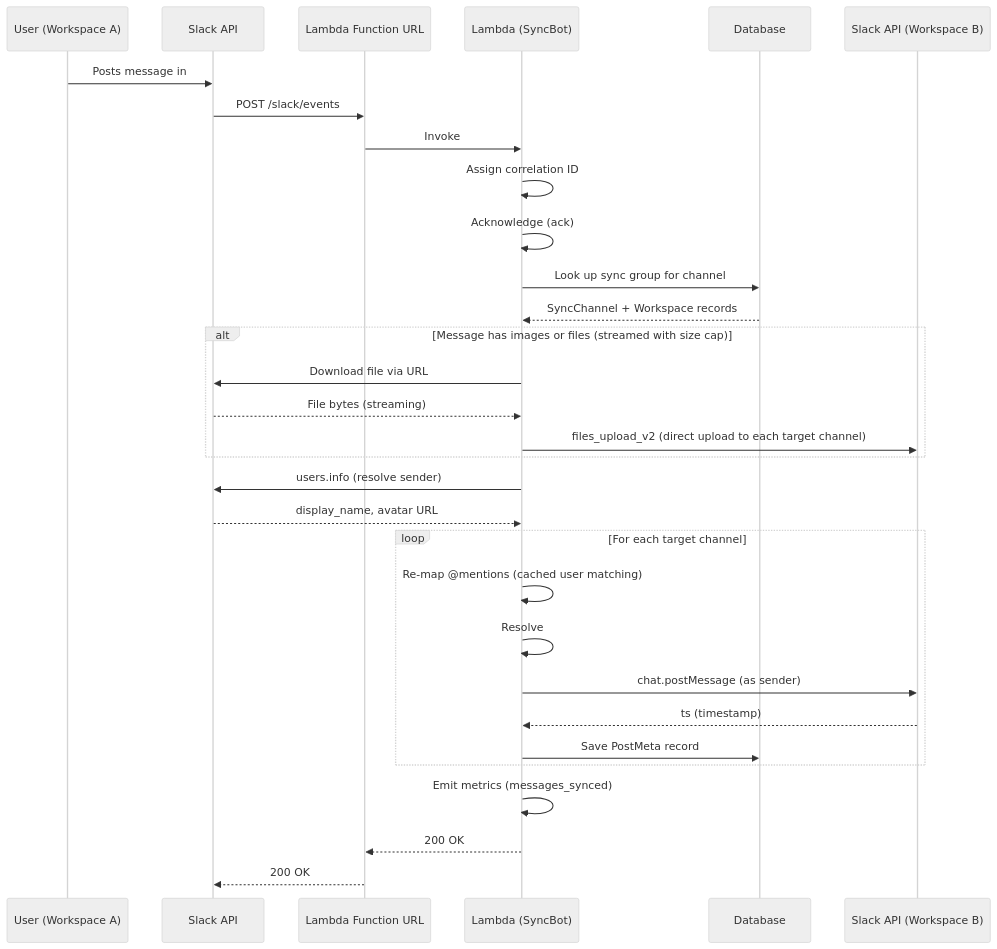
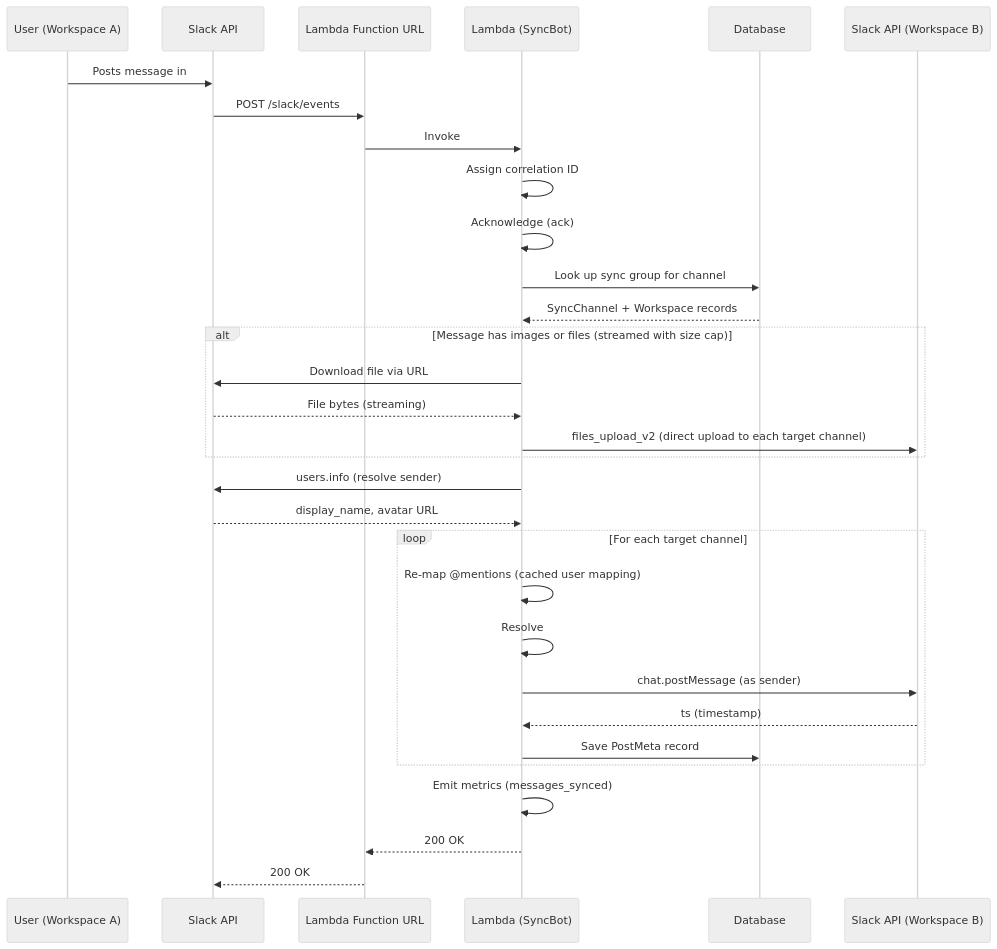
Before and after one commit to F3Nation-Community/slack-syncbot: the first of 3 diagrams in docs/ARCHITECTURE.md, drawn with Mermaid (neutral theme). The commit also changed other lines of this file and 73 other files, not shown here.

````diff
--- a/docs/ARCHITECTURE.md
+++ b/docs/ARCHITECTURE.md
@@ -24,38 +24,38 @@
 ```mermaid
 sequenceDiagram
     participant U as User (Workspace A)
     participant S as Slack API
     participant FU as Lambda Function URL
     participant L as Lambda (SyncBot)
     participant DB as Database
     participant SB as Slack API (Workspace B)
 
     U->>S: Posts message in #general
     S->>FU: POST /slack/events
     FU->>L: Invoke
     L->>L: Assign correlation ID
     L->>L: Acknowledge (ack)
     L->>DB: Look up sync group for channel
     DB-->>L: SyncChannel + Workspace records
 
     alt Message has images or files (streamed with size cap)
         L->>S: Download file via URL
         S-->>L: File bytes (streaming)
         L->>SB: files_upload_v2 (direct upload to each target channel)
     end
 
     L->>S: users.info (resolve sender)
     S-->>L: display_name, avatar URL
 
     loop For each target channel
-        L->>L: Re-map @mentions (cached user matching)
+        L->>L: Re-map @mentions (cached user mapping)
         L->>L: Resolve #channel refs (native if synced, else archive URL)
         L->>SB: chat.postMessage (as sender)
         SB-->>L: ts (timestamp)
         L->>DB: Save PostMeta record
     end
 
     L->>L: Emit metrics (messages_synced)
     L-->>FU: 200 OK
     FU-->>S: 200 OK
 ```
````
